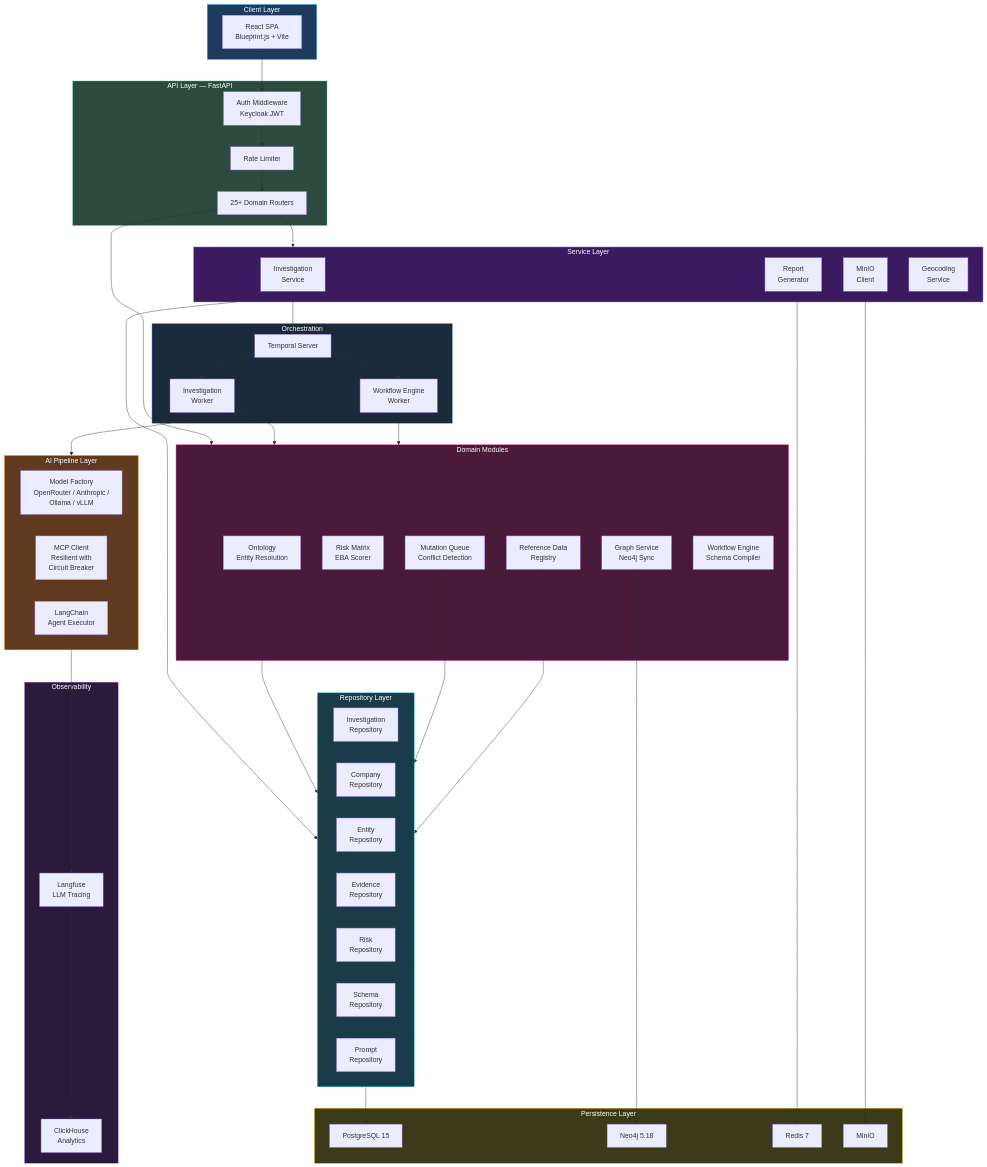
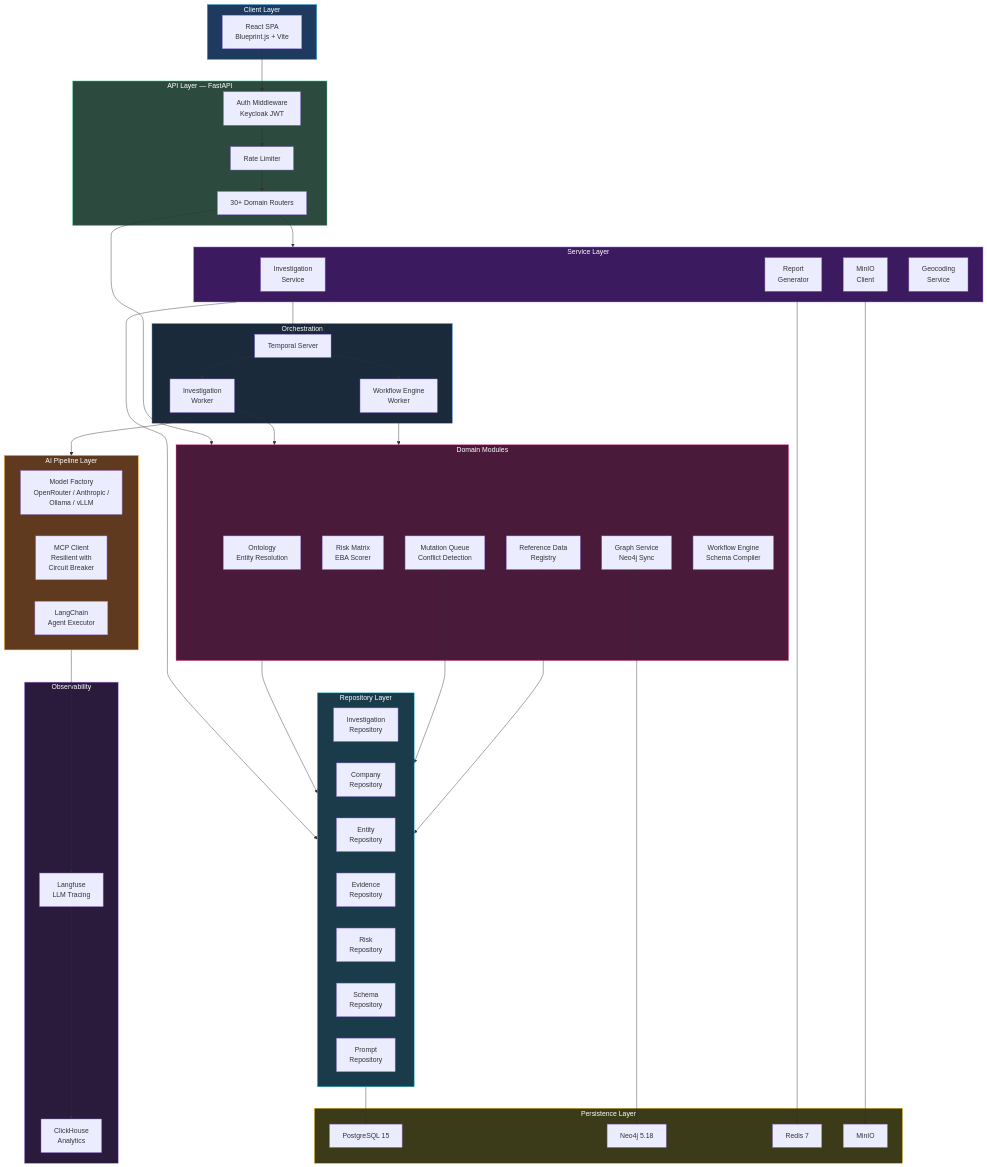
The first of 4 diagrams in docs/atlas/architecture.md (Tsunami-max/trust-relay-docs), drawn with Mermaid before and after one commit. The commit also changed other lines of this file and 54 other files, not shown here.

First line of the commit message:
docs: shared packages page, ADR-0037, updated metrics and architecture

```diff
--- a/docs/atlas/architecture.md
+++ b/docs/atlas/architecture.md
@@ -25,7 +25,7 @@
     subgraph API["API Layer — FastAPI"]
         Auth["Auth Middleware<br/>Keycloak JWT"]
         RateLimit["Rate Limiter"]
-        Routers["25+ Domain Routers"]
+        Routers["30+ Domain Routers"]
     end
 
     subgraph Services["Service Layer"]
```
